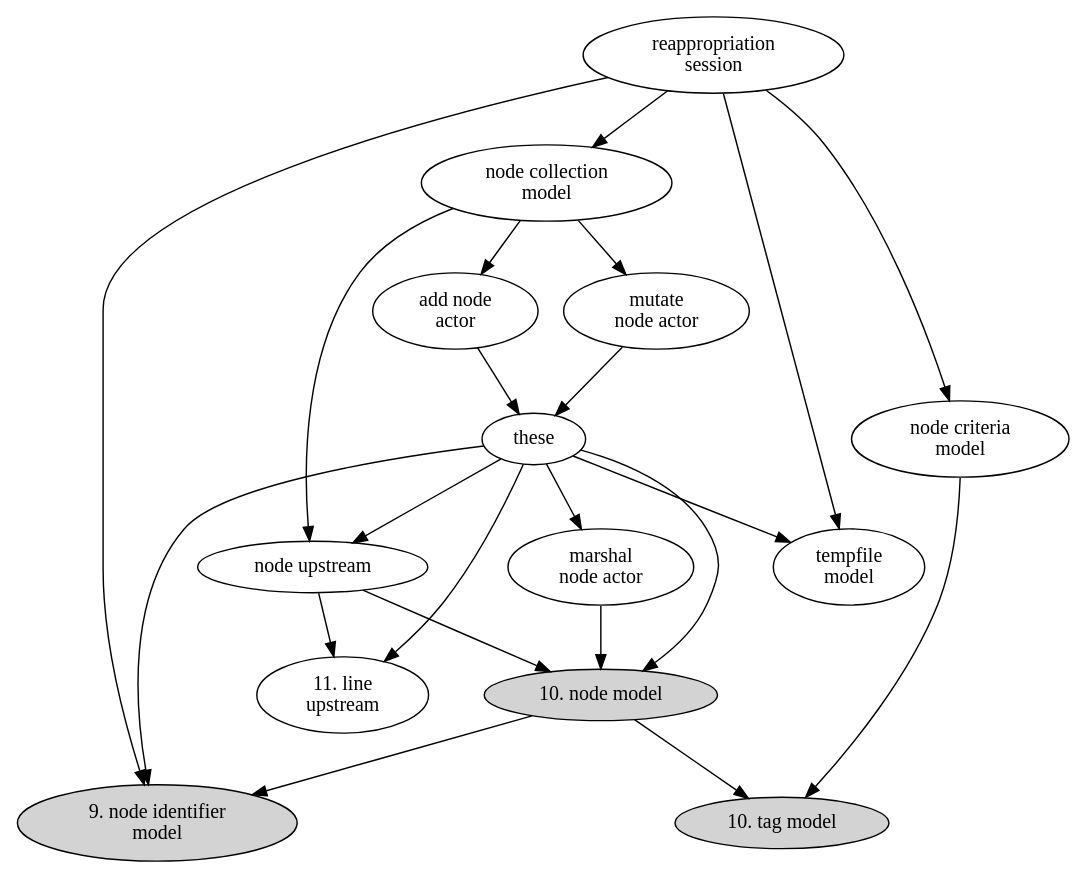
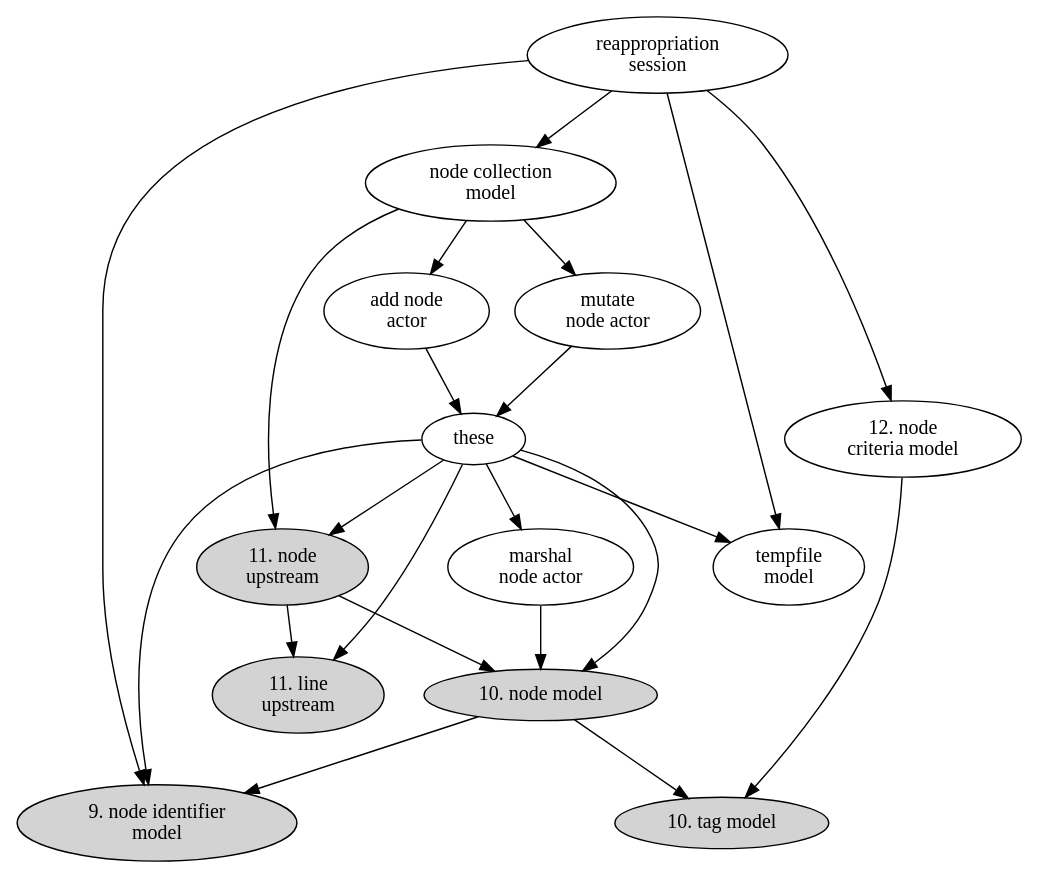
Before and after one commit to hipe/tmx: the diagram in lib/skylab/snag/doc/issues/038/component-digraph.dot, drawn with Graphviz. The commit also changed 33 other files, not shown here.

First line of the commit message:
([sg] 11/N node upstream (.. 2726))

```diff
--- a/lib/skylab/snag/doc/issues/038/component-digraph.dot
+++ b/lib/skylab/snag/doc/issues/038/component-digraph.dot
@@ -1,64 +1,64 @@
 digraph {
 
   add_node_actor [label="add node\nactor"]
-  criteria_model [label="node criteria\nmodel"]
-  line_upstream [label="11. line\nupstream"]
+  criteria_model [label="12. node\ncriteria model"]
+  line_upstream [label="11. line\nupstream" style=filled]
   marshal_node_actor [label="marshal\nnode actor"]
   mutate_node_actor [label="mutate\nnode actor"]
   node_collection_model [label="node collection\nmodel"]
   node_identifier_model [label="9. node identifier\nmodel" style=filled]
   node_model [label="10. node model" style=filled]
-  node_upstream [label="node upstream"]
+  node_upstream [label="11. node\nupstream" style=filled]
   reappropriation_session [label="reappropriation\nsession"]
   tag_model [label="10. tag model" style=filled]
   tempfile_model [label="tempfile\nmodel"]
 
 
   reappropriation_session -> node_collection_model
 
   node_collection_model -> node_upstream
   node_upstream -> line_upstream
   node_upstream -> node_model
 
   reappropriation_session -> criteria_model
   reappropriation_session -> node_identifier_model
   reappropriation_session -> tempfile_model
 
   criteria_model -> tag_model
 
   node_collection_model -> mutate_node_actor
   node_collection_model -> add_node_actor
 
   mutate_node_actor -> these
   add_node_actor -> these
 
   these -> node_identifier_model
   these -> line_upstream
   these -> marshal_node_actor
   these -> node_upstream
   these -> node_model
   these -> tempfile_model
 
   node_model -> node_identifier_model
   node_model -> tag_model
   marshal_node_actor -> node_model
 
 /*
 ([sg] G.U CLI 1/3 [po] 1/2 [sg] 1/N deletes)
 ([sg]   /N renames)
 ([sg]   /N wippify all tests except "loads"
 ([sg]   /N API ping spec
 ([sg]   /N CLI integration (top)
 ([sg]   /N date spec
 ([sg]  7/N todo spec
 ([sg]  8/N todo's stream (back)
 ([sg]  9/N todo's stream (front)
 [ .. the above graph data .. ]
 ([sg]   /N universal stream visual test
 ([sg]   /N todo melt
 ([sg]   /N digraph spec (make one)
 ([sg]   /N find all
 */
 
 
 }
```
